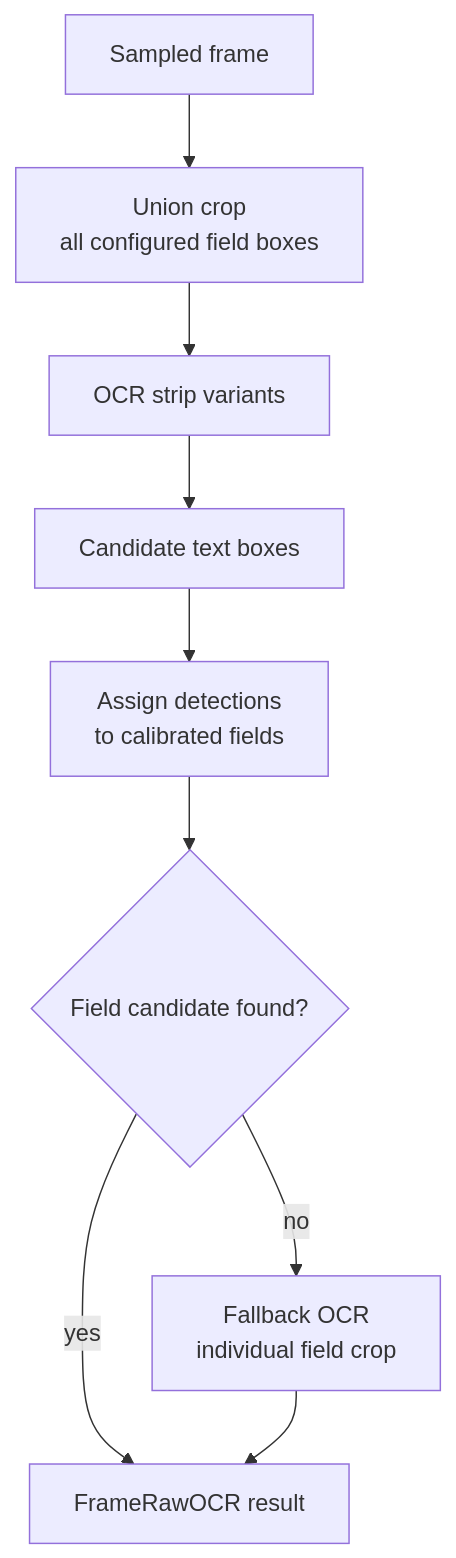
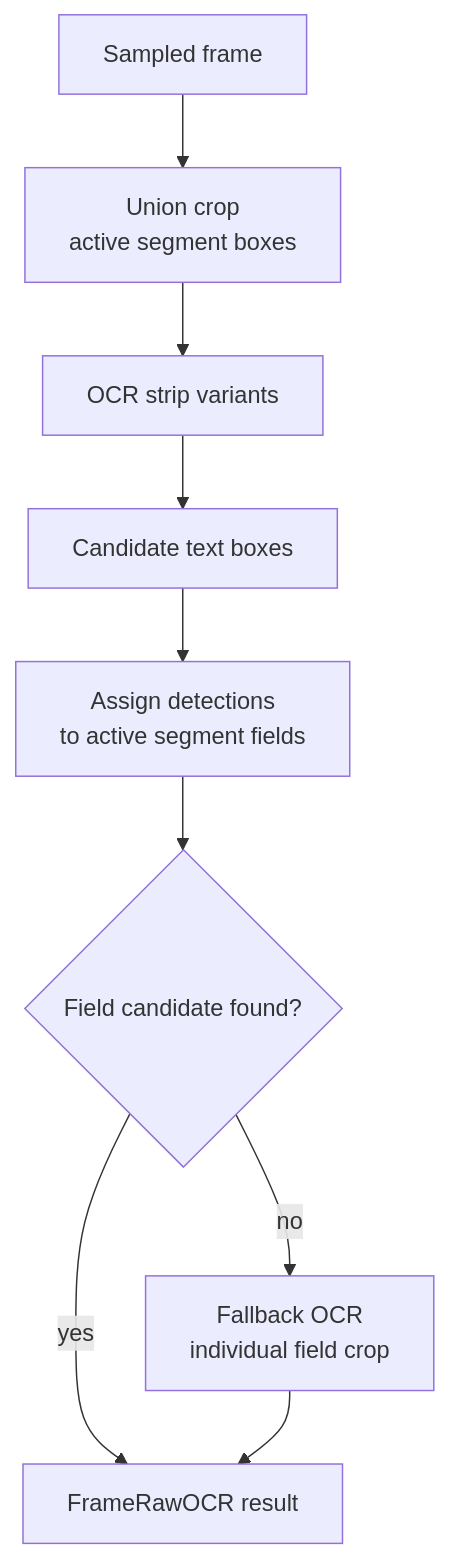
Before and after one commit to massimopiazza/webcalyzer: the second of 4 diagrams in docs/internal/pipeline.md, drawn with Mermaid. The commit also changed other lines of this file and 49 other files, not shown here.

````diff
--- a/docs/internal/pipeline.md
+++ b/docs/internal/pipeline.md
@@ -69,15 +69,15 @@
 ```mermaid
 flowchart TD
   frame["Sampled frame"]
-  union["Union crop<br/>all configured field boxes"]
+  union["Union crop<br/>active segment boxes"]
   variants["OCR strip variants"]
   detections["Candidate text boxes"]
-  assign["Assign detections<br/>to calibrated fields"]
+  assign["Assign detections<br/>to active segment fields"]
   quality{"Field candidate found?"}
   fallback["Fallback OCR<br/>individual field crop"]
   result["FrameRawOCR result"]
 
   frame --> union --> variants --> detections --> assign --> quality
   quality -->|yes| result
   quality -->|no| fallback --> result
 ```
````
